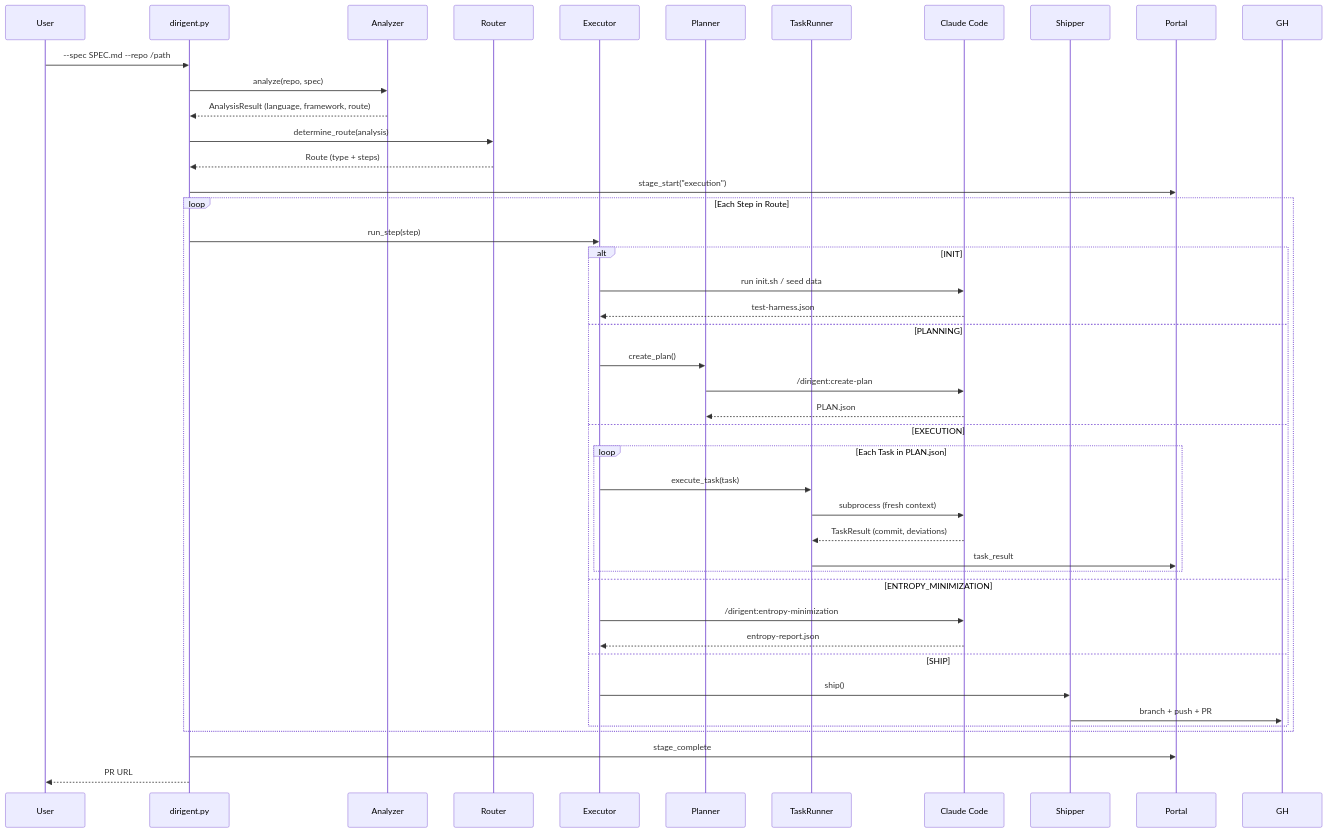
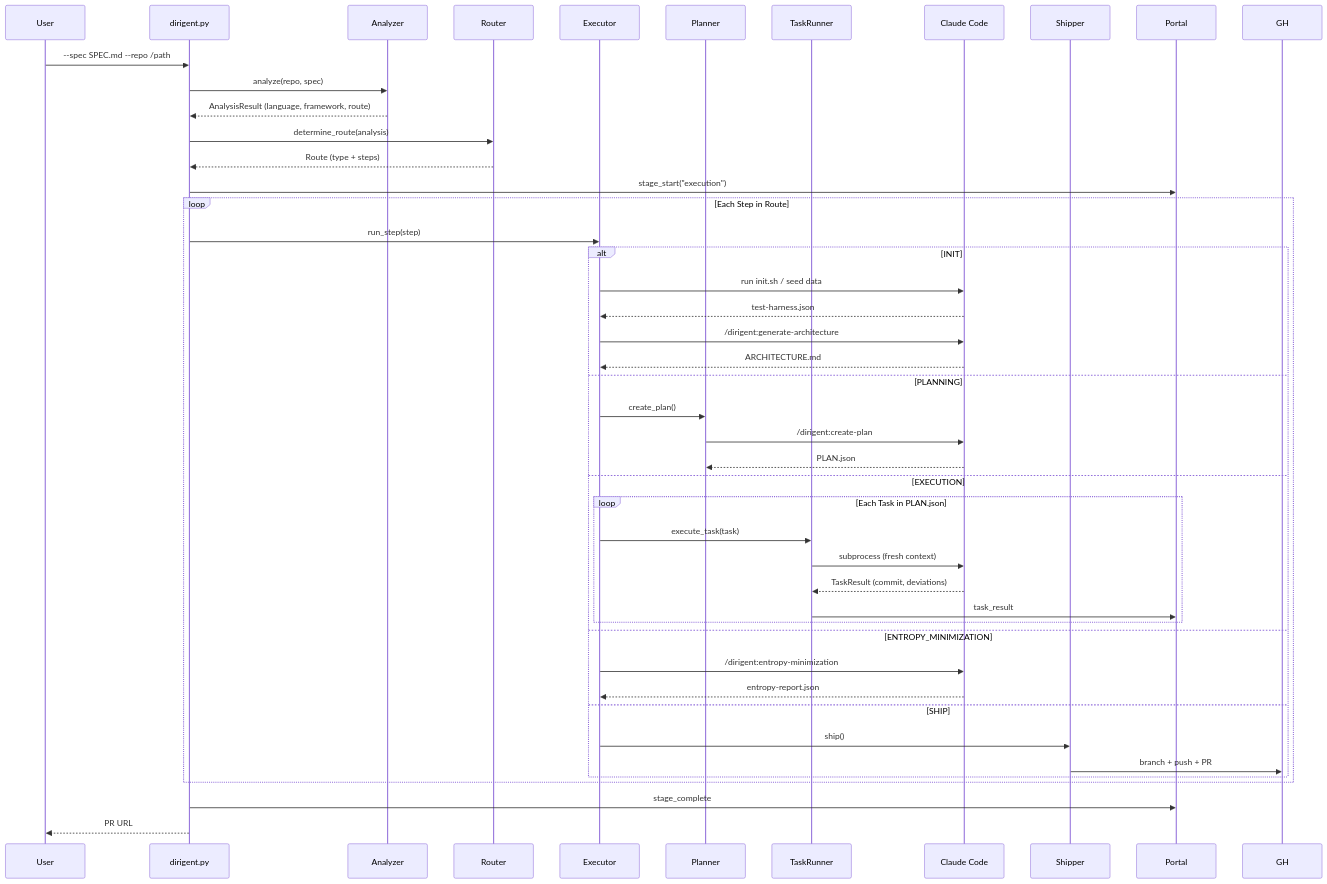
One commit to BIDEquity/outbid-dirigent changed the second of 7 diagrams in ARCHITECTURE.md. Above: the diagram before and after it, drawn with Mermaid. The commit also changed other lines of this file and 4 other files, not shown here.

First line of the commit message:
feat: add generate-architecture skill, run during init phase

````diff
--- a/ARCHITECTURE.md
+++ b/ARCHITECTURE.md
@@ -32,49 +32,51 @@
 ```mermaid
 sequenceDiagram
     participant User
     participant Dirigent as dirigent.py
     participant Analyzer
     participant Router
     participant Executor
     participant Planner
     participant TaskRunner
     participant CC as Claude Code
     participant Shipper
     participant Portal
 
     User->>Dirigent: --spec SPEC.md --repo /path
     Dirigent->>Analyzer: analyze(repo, spec)
     Analyzer-->>Dirigent: AnalysisResult (language, framework, route)
     Dirigent->>Router: determine_route(analysis)
     Router-->>Dirigent: Route (type + steps)
     Dirigent->>Portal: stage_start("execution")
 
     loop Each Step in Route
         Dirigent->>Executor: run_step(step)
 
         alt INIT
             Executor->>CC: run init.sh / seed data
             CC-->>Executor: test-harness.json
+            Executor->>CC: /dirigent:generate-architecture
+            CC-->>Executor: ARCHITECTURE.md
         else PLANNING
             Executor->>Planner: create_plan()
             Planner->>CC: /dirigent:create-plan
             CC-->>Planner: PLAN.json
         else EXECUTION
             loop Each Task in PLAN.json
                 Executor->>TaskRunner: execute_task(task)
                 TaskRunner->>CC: subprocess (fresh context)
                 CC-->>TaskRunner: TaskResult (commit, deviations)
                 TaskRunner->>Portal: task_result
             end
         else ENTROPY_MINIMIZATION
             Executor->>CC: /dirigent:entropy-minimization
             CC-->>Executor: entropy-report.json
         else SHIP
             Executor->>Shipper: ship()
             Shipper->>GH: branch + push + PR
         end
     end
 
     Dirigent->>Portal: stage_complete
     Dirigent-->>User: PR URL
 ```
````
